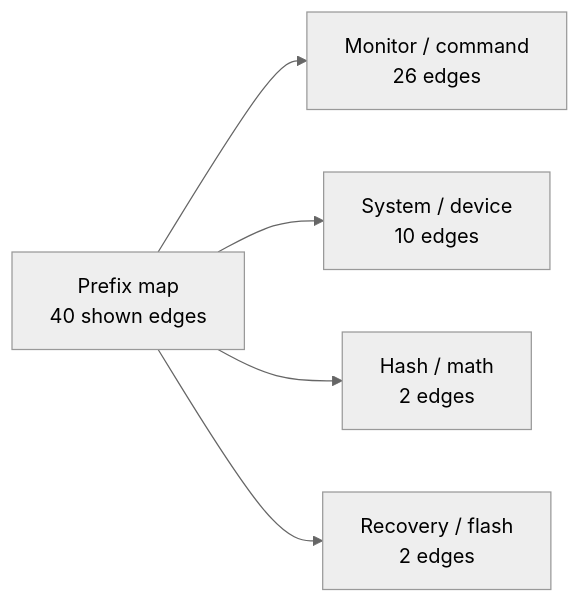
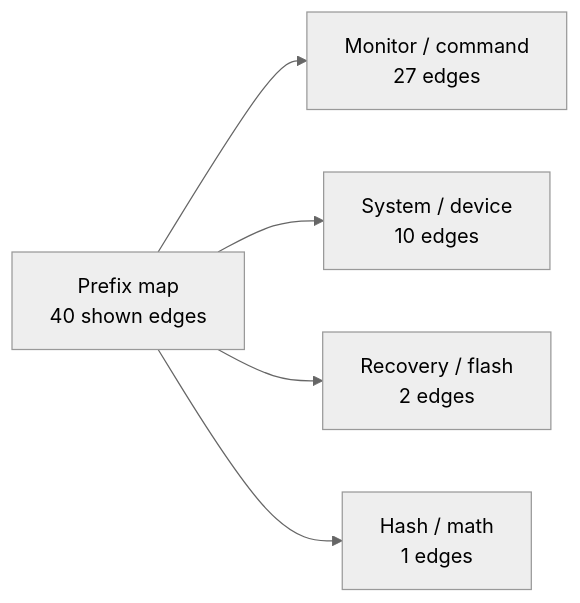
Before and after one commit to 95westus/R-YORS: the first of 7 diagrams in DOC/GENERATED/ROUTINE_PREFIX_MAP.md, drawn with Mermaid (neutral theme). The commit also changed other lines of this file and 53 other files, not shown here.

````diff
--- a/DOC/GENERATED/ROUTINE_PREFIX_MAP.md
+++ b/DOC/GENERATED/ROUTINE_PREFIX_MAP.md
@@ -16,7 +16,7 @@
 ```mermaid
 flowchart LR
-    MAP_ROOT_PREFIX_MAP["Prefix map<br/>40 shown edges"] --> MAP_FAMILY_MONITOR___COMMAND["Monitor / command<br/>26 edges"]
+    MAP_ROOT_PREFIX_MAP["Prefix map<br/>40 shown edges"] --> MAP_FAMILY_MONITOR___COMMAND["Monitor / command<br/>27 edges"]
     MAP_ROOT_PREFIX_MAP["Prefix map<br/>40 shown edges"] --> MAP_FAMILY_SYSTEM___DEVICE["System / device<br/>10 edges"]
-    MAP_ROOT_PREFIX_MAP["Prefix map<br/>40 shown edges"] --> MAP_FAMILY_HASH___MATH["Hash / math<br/>2 edges"]
     MAP_ROOT_PREFIX_MAP["Prefix map<br/>40 shown edges"] --> MAP_FAMILY_RECOVERY___FLASH["Recovery / flash<br/>2 edges"]
+    MAP_ROOT_PREFIX_MAP["Prefix map<br/>40 shown edges"] --> MAP_FAMILY_HASH___MATH["Hash / math<br/>1 edges"]
 ```
````
